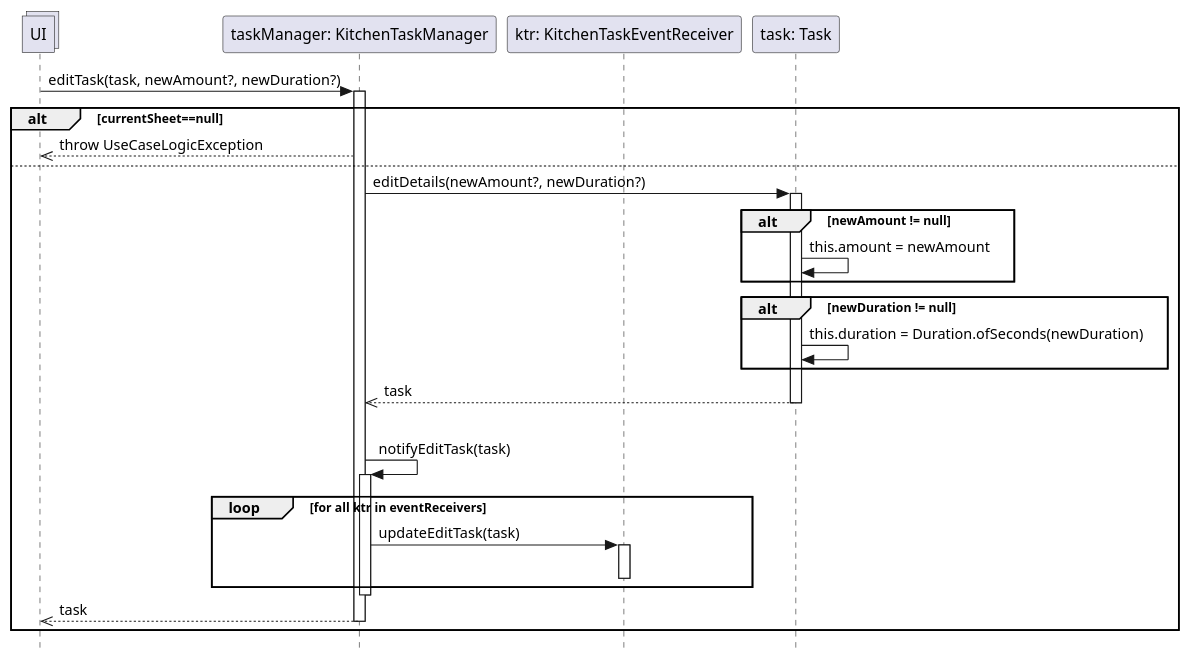
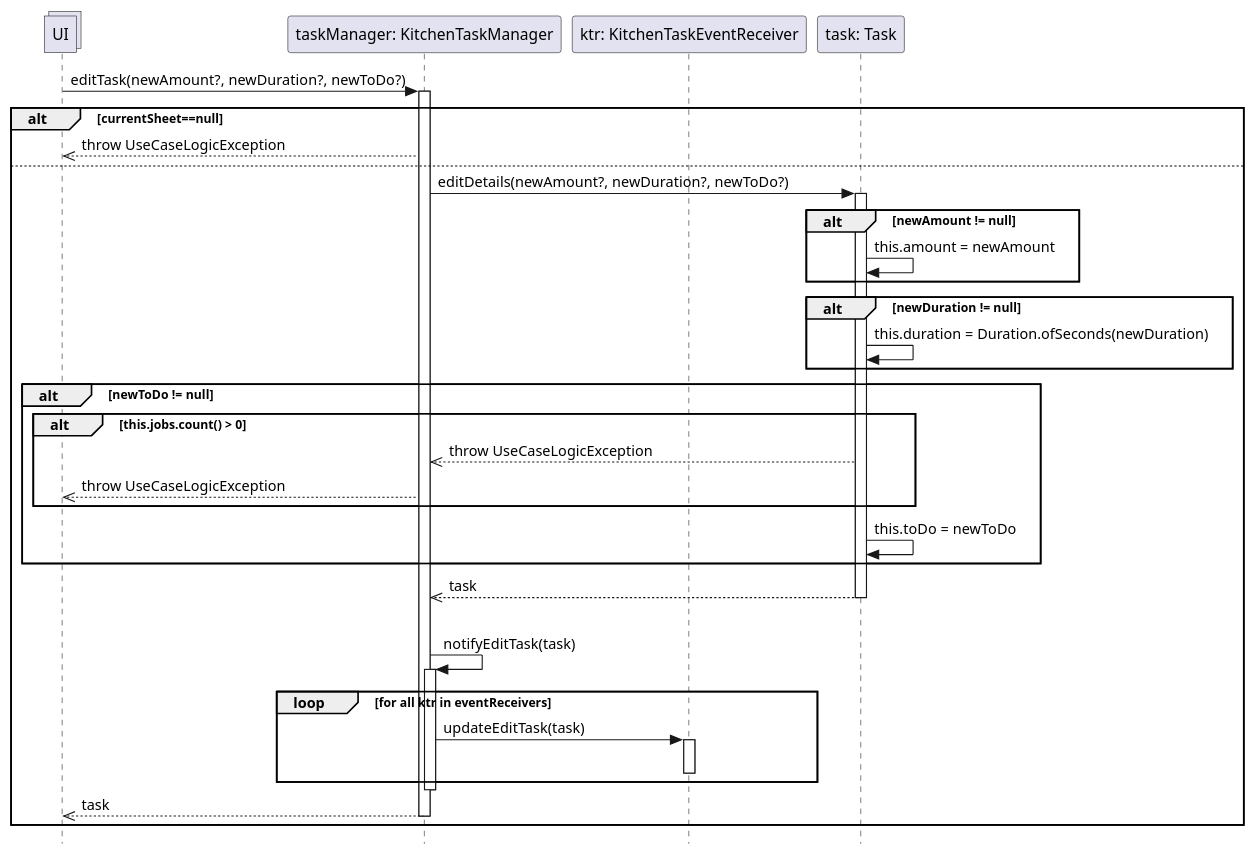
One commit to stefa168/sas-project changed the diagram in UP/Progettazione/UC Gestire Compiti Cucina/DSD/DSD Operazione 5.puml. Above: the diagram before and after it, drawn with PlantUML. The commit also changed 4 other files, not shown here.

```diff
--- a/UP/Progettazione/UC Gestire Compiti Cucina/DSD/DSD Operazione 5.puml
+++ b/UP/Progettazione/UC Gestire Compiti Cucina/DSD/DSD Operazione 5.puml
@@ -1,44 +1,53 @@
 @startuml Operazione 5
 skinparam Style strictuml
 
 collections UI
 
 participant "taskManager: KitchenTaskManager" as tm
 participant "ktr: KitchenTaskEventReceiver" as ktr
 
-UI -> tm: editTask(task, newAmount?, newDuration?)
+UI -> tm: editTask(newAmount?, newDuration?, newToDo?)
 activate tm
 
 participant "task: Task" as task
 
 alt currentSheet==null
     UI <<-- tm: throw UseCaseLogicException
 else
-    tm -> task: editDetails(newAmount?, newDuration?)
+    tm -> task: editDetails(newAmount?, newDuration?, newToDo?)
     activate task
 
     alt newAmount != null
         task -> task: this.amount = newAmount
     end
 
     alt newDuration != null
         task -> task: this.duration = Duration.ofSeconds(newDuration)
+    end
+
+    alt newToDo != null
+        alt this.jobs.count() > 0
+            tm <<-- task: throw UseCaseLogicException
+            UI <<-- tm: throw UseCaseLogicException
+        end
+
+        task -> task: this.toDo = newToDo
     end
 
     tm <<--task: task
     deactivate task
     |||
     tm -> tm: notifyEditTask(task)
     activate tm
     loop for all ktr in eventReceivers
         tm -> ktr : updateEditTask(task)
         activate ktr
         deactivate ktr
     end
     deactivate tm
 
     UI <<-- tm: task
     deactivate tm
 
 end
 @enduml
```
